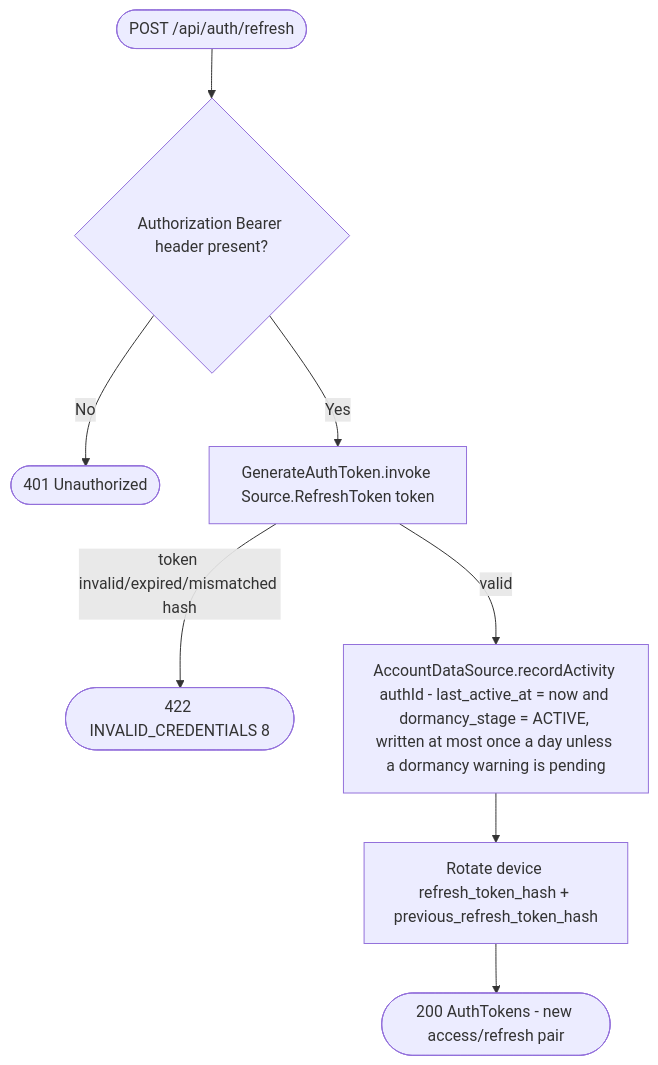
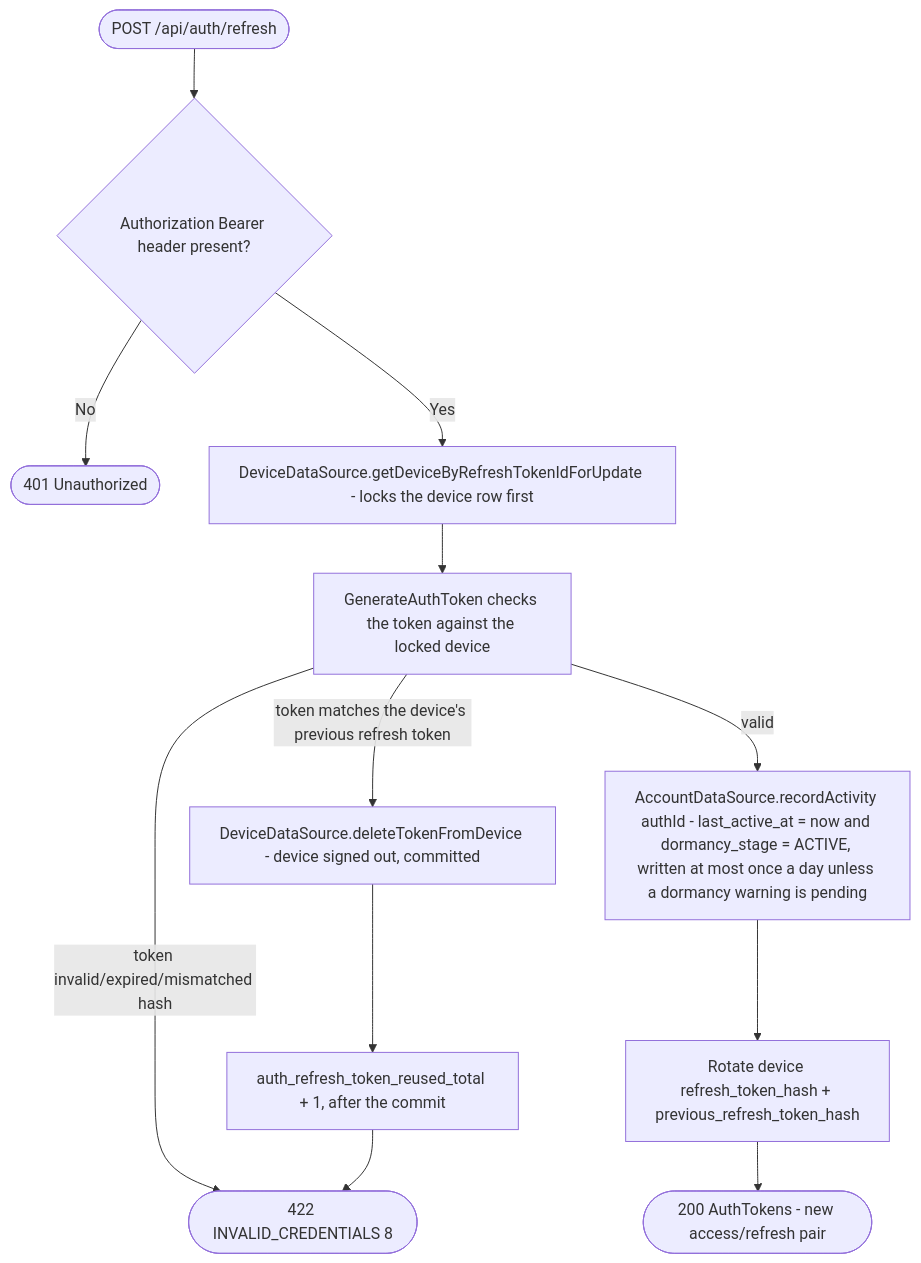
Before and after one commit to nocturneproperties/bookkme: the diagram in docs/operations/authorization/refresh-token.md, drawn with Mermaid. The commit also changed other lines of this file and 35 other files, not shown here.

````diff
--- a/docs/operations/authorization/refresh-token.md
+++ b/docs/operations/authorization/refresh-token.md
@@ -10,10 +10,14 @@
 ```mermaid
 flowchart TD
     Start([POST /api/auth/refresh]) --> HeaderCheck{Authorization Bearer header present?}
     HeaderCheck -- No --> R401a([401 Unauthorized])
-    HeaderCheck -- Yes --> Gen[GenerateAuthToken.invoke Source.RefreshToken token]
+    HeaderCheck -- Yes --> Lock[DeviceDataSource.getDeviceByRefreshTokenIdForUpdate - locks the device row first]
+    Lock --> Gen[GenerateAuthToken checks the token against the locked device]
     Gen -- token invalid/expired/mismatched hash --> R422([422 INVALID_CREDENTIALS 8])
+    Gen -- token matches the device's previous refresh token --> Revoke[DeviceDataSource.deleteTokenFromDevice - device signed out, committed]
+    Revoke --> Count[auth_refresh_token_reused_total + 1, after the commit]
+    Count --> R422
     Gen -- valid --> Activity[AccountDataSource.recordActivity authId - last_active_at = now and dormancy_stage = ACTIVE, written at most once a day unless a dormancy warning is pending]
     Activity --> Rotate[Rotate device refresh_token_hash + previous_refresh_token_hash]
     Rotate --> R200([200 AuthTokens - new access/refresh pair])
 ```
````
